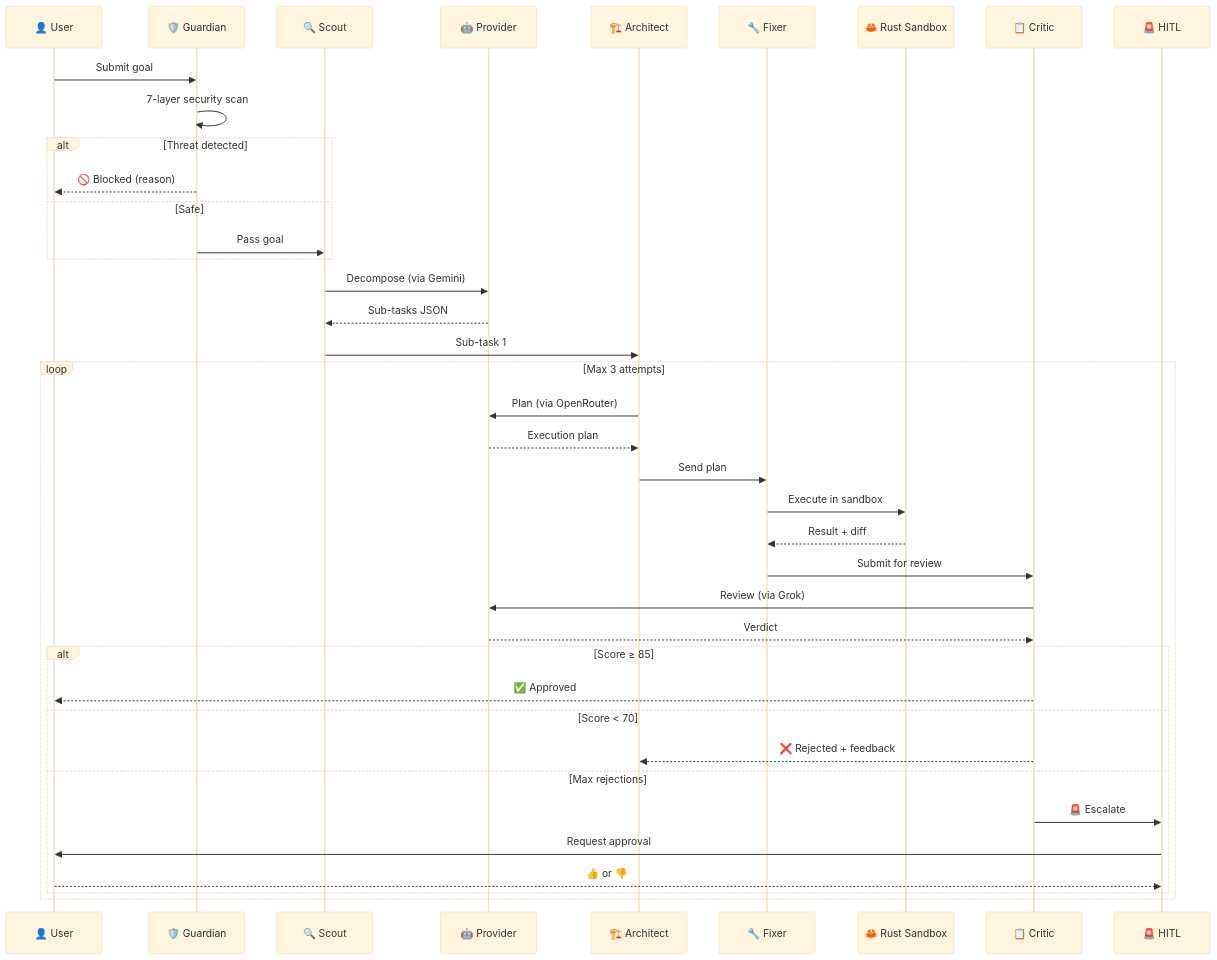
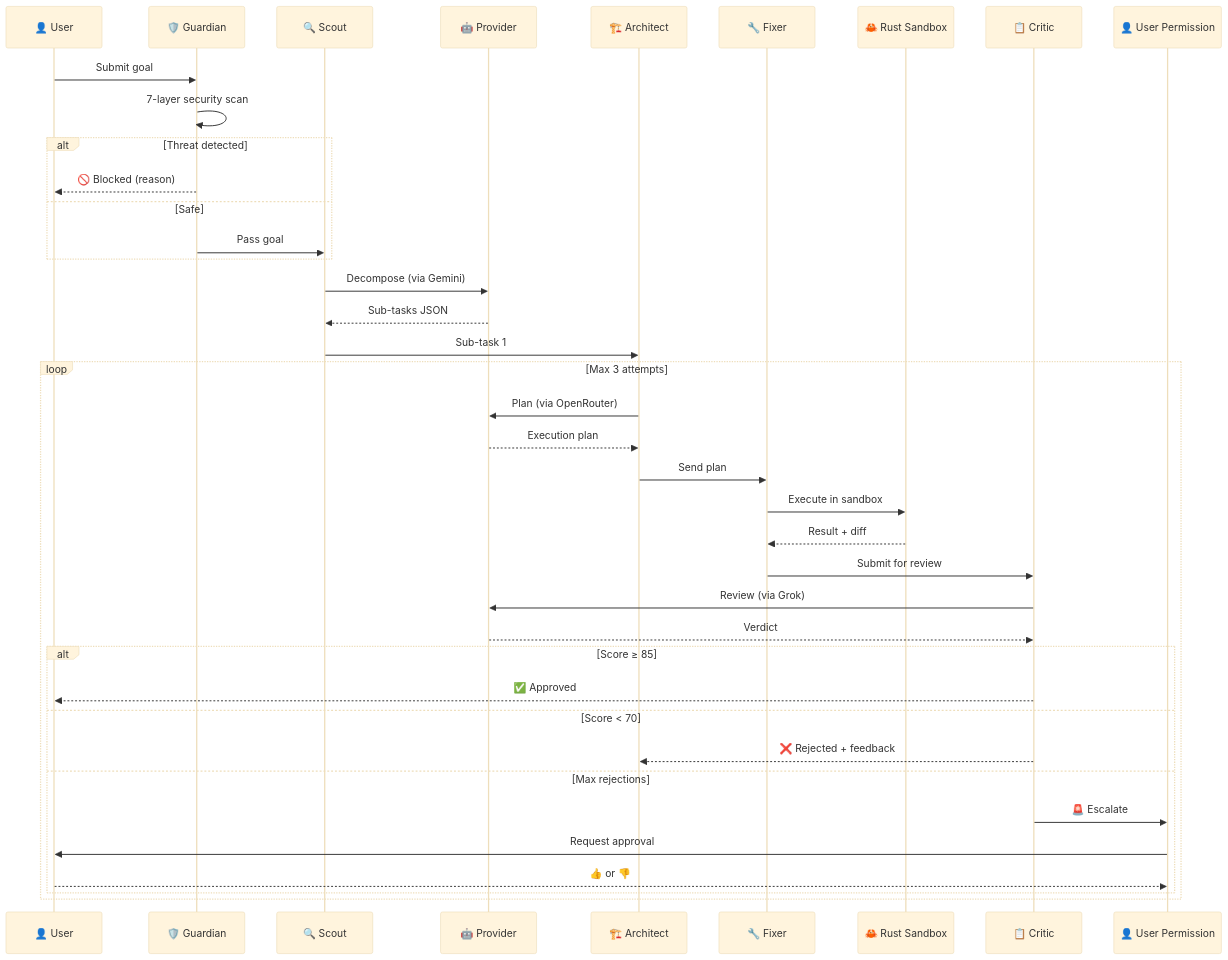
One commit to namanhere23/DevMatrix changed the second of 4 diagrams in README.md. Above: the diagram before and after it, drawn with Mermaid (base theme). The commit also changed other lines of this file and 13 other files, not shown here.

Commit message:
feat(orchestrator): replace Telegram HITL with local user permission retry flow

````diff
--- a/README.md
+++ b/README.md
@@ -122,46 +123,46 @@
 ```mermaid
 sequenceDiagram
     participant U as 👤 User
     participant G as 🛡️ Guardian
     participant S as 🔍 Scout
     participant P as 🤖 Provider
     participant A as 🏗️ Architect
     participant F as 🔧 Fixer
     participant R as 🦀 Rust Sandbox
     participant C as 📋 Critic
-    participant H as 🚨 HITL
-    
+    participant H as 👤 User Permission
+
     U->>G: Submit goal
     G->>G: 7-layer security scan
-    
+
     alt Threat detected
         G-->>U: 🚫 Blocked (reason)
     else Safe
         G->>S: Pass goal
     end
-    
+
     S->>P: Decompose (via Gemini)
     P-->>S: Sub-tasks JSON
     S->>A: Sub-task 1
-    
+
     loop Max 3 attempts
         A->>P: Plan (via OpenRouter)
         P-->>A: Execution plan
         A->>F: Send plan
         F->>R: Execute in sandbox
         R-->>F: Result + diff
         F->>C: Submit for review
         C->>P: Review (via Grok)
         P-->>C: Verdict
-        
+
         alt Score ≥ 85
             C-->>U: ✅ Approved
         else Score < 70
             C-->>A: ❌ Rejected + feedback
         else Max rejections
             C->>H: 🚨 Escalate
             H->>U: Request approval
             U-->>H: 👍 or 👎
         end
     end
 ```
````
